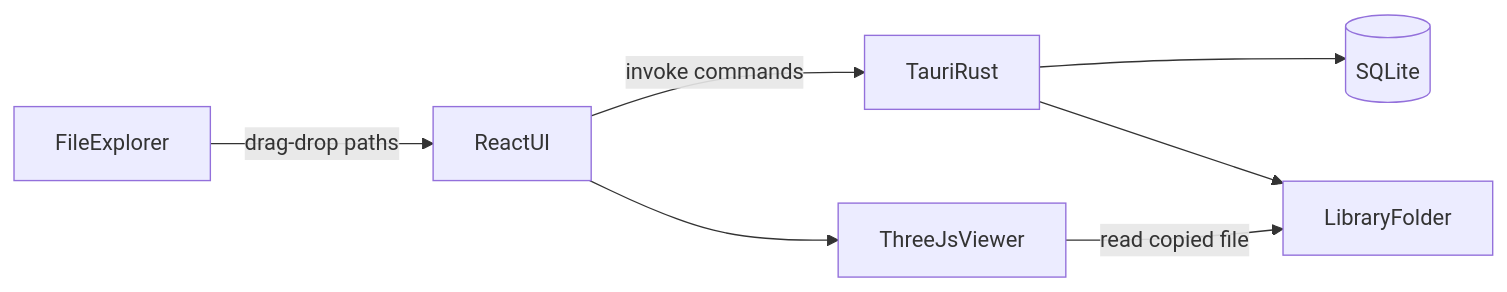
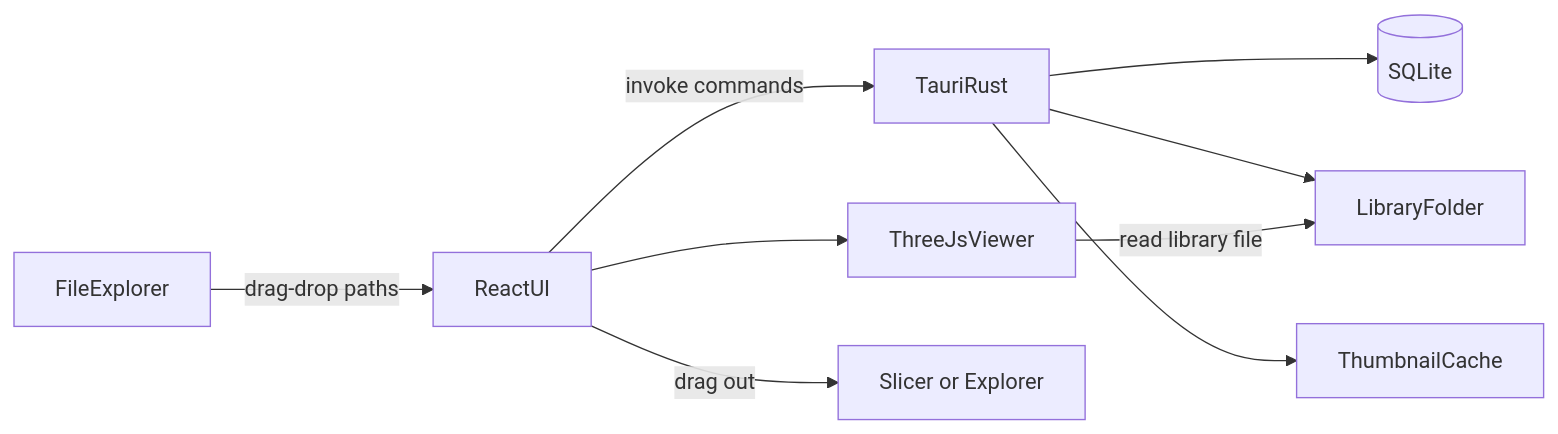
The diagram in .cursor/plans/3d_file_library_06103a94.plan.md (rgeldr/3DFileManager), drawn with Mermaid before and after one commit. The commit also changed other lines of this file, not shown here.

````diff
--- a/.cursor/plans/3d_file_library_06103a94.plan.md
+++ b/.cursor/plans/3d_file_library_06103a94.plan.md
@@ -45,9 +61,11 @@
 ```mermaid
 flowchart LR
   Explorer[FileExplorer] -->|drag-drop paths| Ui[ReactUI]
   Ui -->|invoke commands| Rust[TauriRust]
   Rust --> Db[(SQLite)]
   Rust --> LibDir[LibraryFolder]
+  Rust --> Thumbs[ThumbnailCache]
   Ui --> Viewer[ThreeJsViewer]
-  Viewer -->|read copied file| LibDir
+  Viewer -->|read library file| LibDir
+  Ui -->|drag out| Slicer[Slicer or Explorer]
 ```
````
